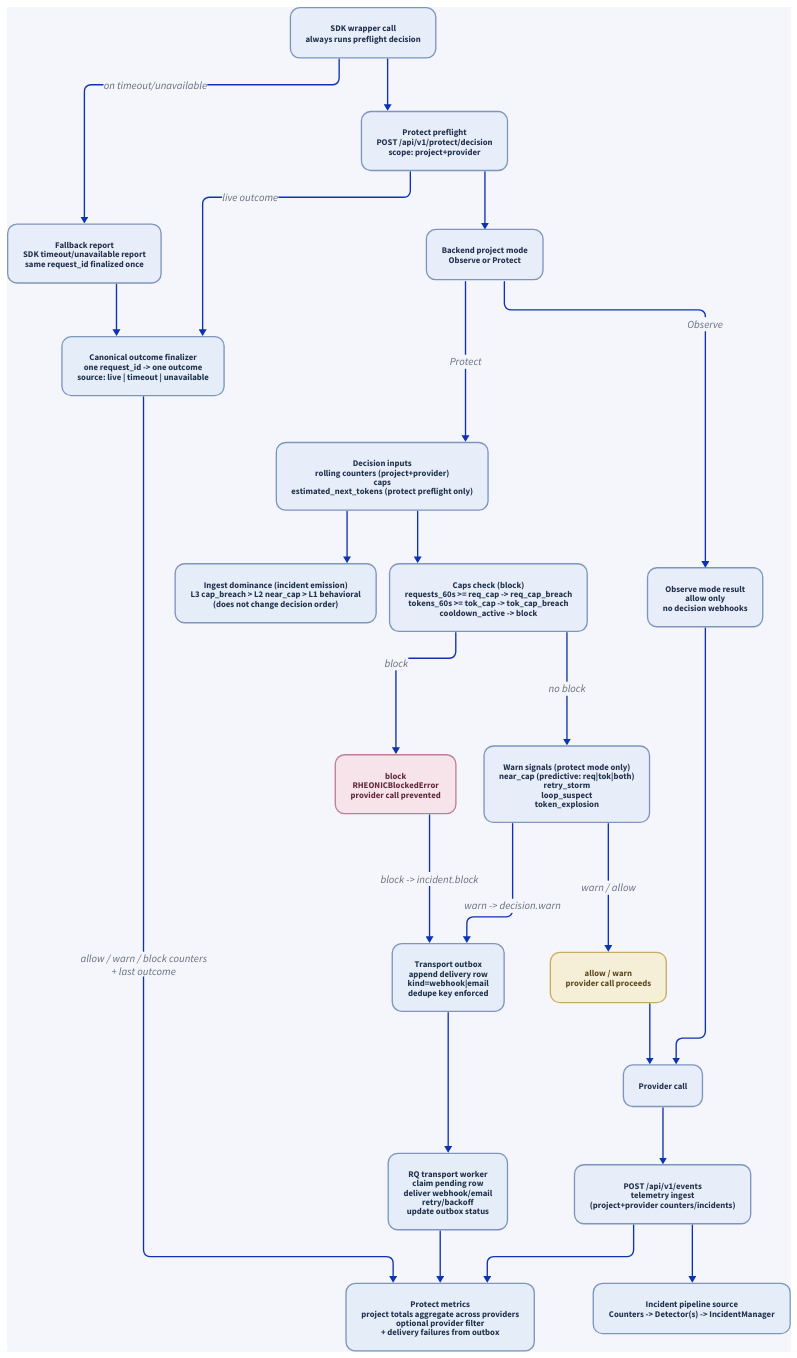
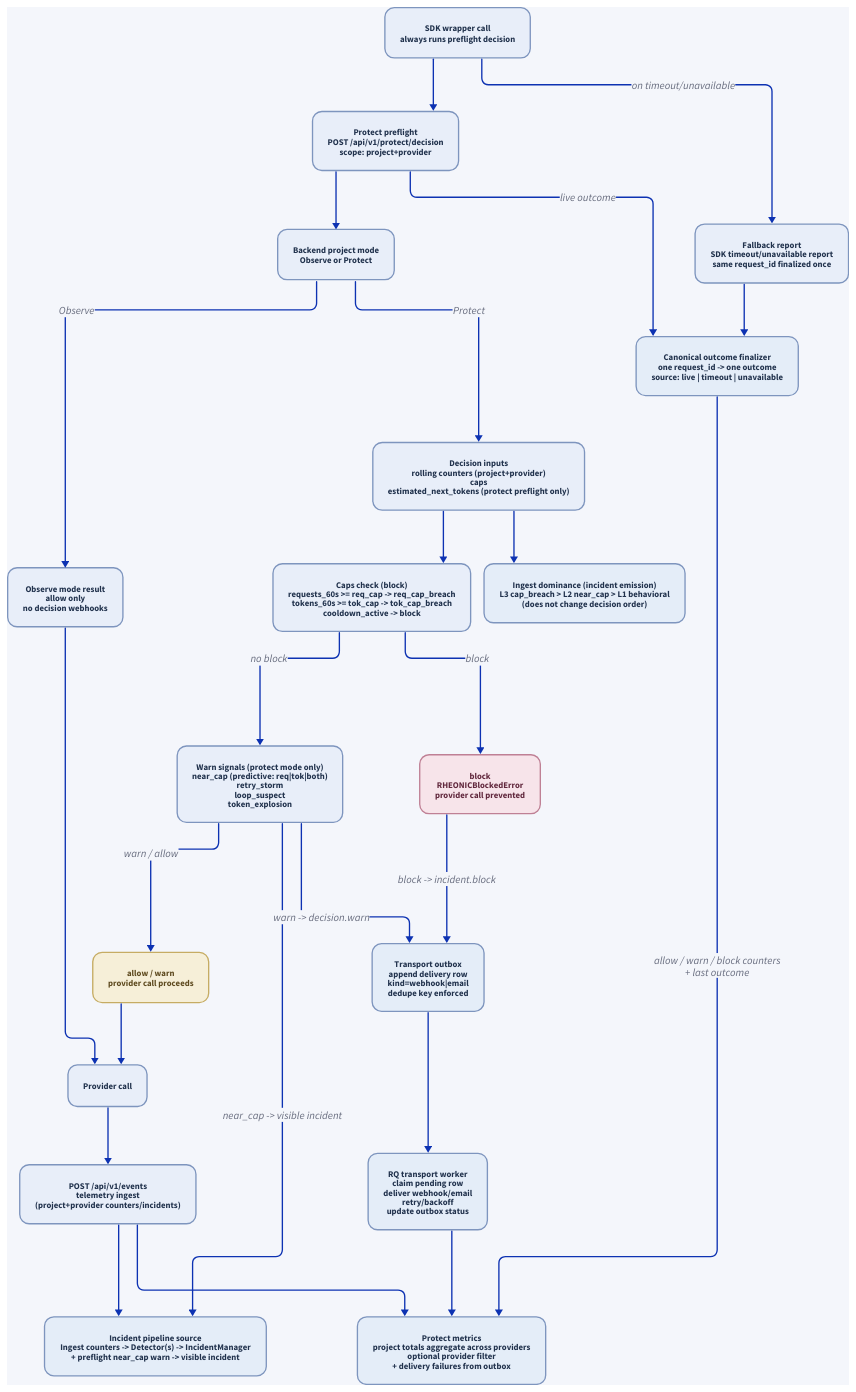
One commit to MichaelTelvin/Rheonic changed the diagram in docs/architecture/protect_decision_flow.d2. Above: the diagram before and after it, drawn with D2. The commit also changed 15 other files, not shown here.

Commit message:
fix for near-cap not opened in protect mode

```diff
--- a/docs/architecture/protect_decision_flow.d2
+++ b/docs/architecture/protect_decision_flow.d2
@@ -142,7 +142,7 @@
   }
 }
 
-incident_pipeline: "Incident pipeline source\nCounters -> Detector(s) -> IncidentManager" {
+incident_pipeline: "Incident pipeline source\nIngest counters -> Detector(s) -> IncidentManager\n+ preflight near_cap warn -> visible incident" {
   style: {
     fill: "#e4edf8"
     stroke: "#7e95be"
@@ -193,6 +193,7 @@
 caps -> warn_signals: "no block"
 warn_signals -> allow_warn: "warn / allow"
 warn_signals -> transport_outbox: "warn -> decision.warn"
+warn_signals -> incident_pipeline: "near_cap -> visible incident"
 block -> transport_outbox: "block -> incident.block"
 allow_warn -> provider
 preflight -> finalizer: "live outcome"
```
